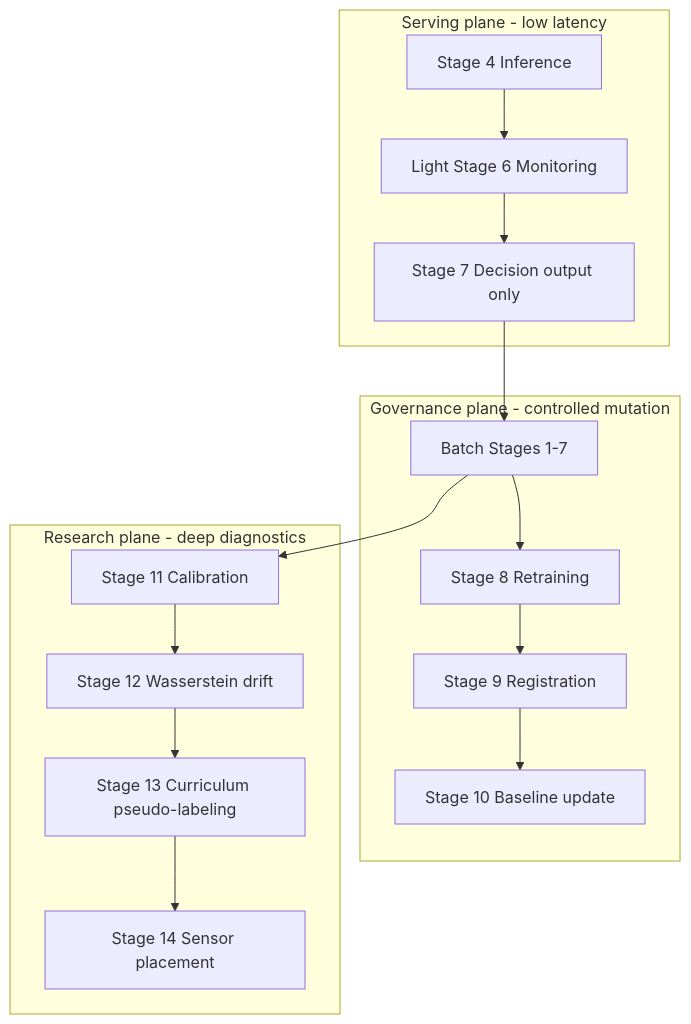
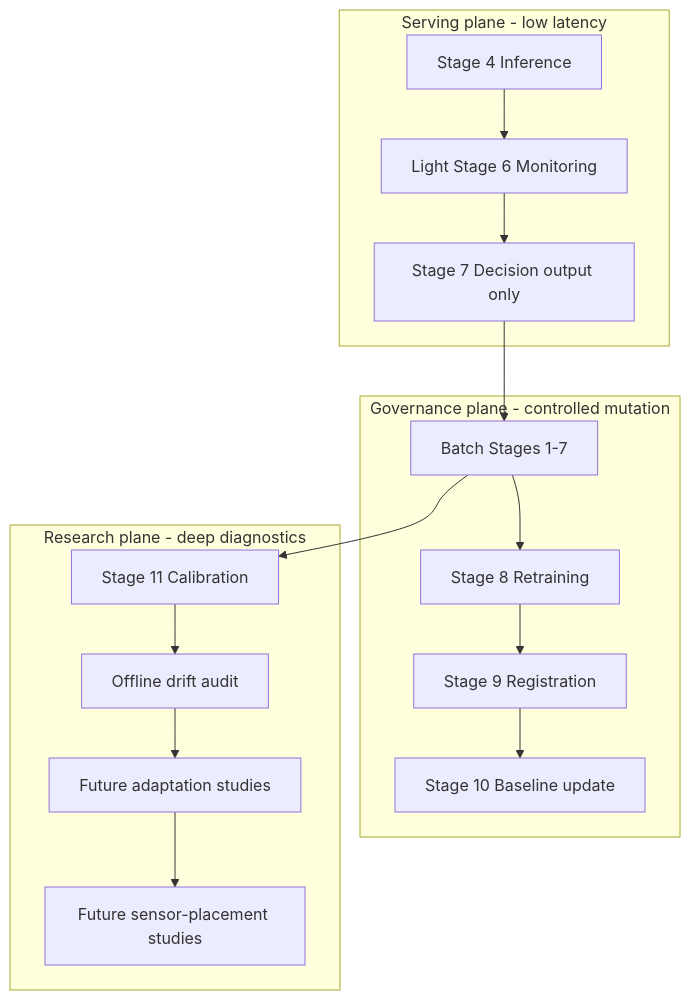
Before and after one commit to ShalinVachheta017/wearable-har-mlops-pipeline: diagram 20 of 20 in docs/PIPELINE_DATA_FLOW_MAP.md, drawn with Mermaid. The commit also changed other lines of this file and 450 other files, not shown here.

````diff
--- a/docs/PIPELINE_DATA_FLOW_MAP.md
+++ b/docs/PIPELINE_DATA_FLOW_MAP.md
@@ -698,30 +669,30 @@
 ```mermaid
 flowchart TB
     subgraph A[Serving plane - low latency]
         A1[Stage 4 Inference]
         A2[Light Stage 6 Monitoring]
         A3[Stage 7 Decision output only]
         A1 --> A2 --> A3
     end
 
     subgraph B[Governance plane - controlled mutation]
         B1[Batch Stages 1-7]
         B2[Stage 8 Retraining]
         B3[Stage 9 Registration]
         B4[Stage 10 Baseline update]
         B1 --> B2 --> B3 --> B4
     end
 
     subgraph C[Research plane - deep diagnostics]
         C1[Stage 11 Calibration]
-        C2[Stage 12 Wasserstein drift]
-        C3[Stage 13 Curriculum pseudo-labeling]
-        C4[Stage 14 Sensor placement]
+        C2[Offline drift audit]
+        C3[Future adaptation studies]
+        C4[Future sensor-placement studies]
         C1 --> C2
         C2 --> C3
         C3 --> C4
     end
 
     A3 --> B1
     B1 --> C1
 ```
````
